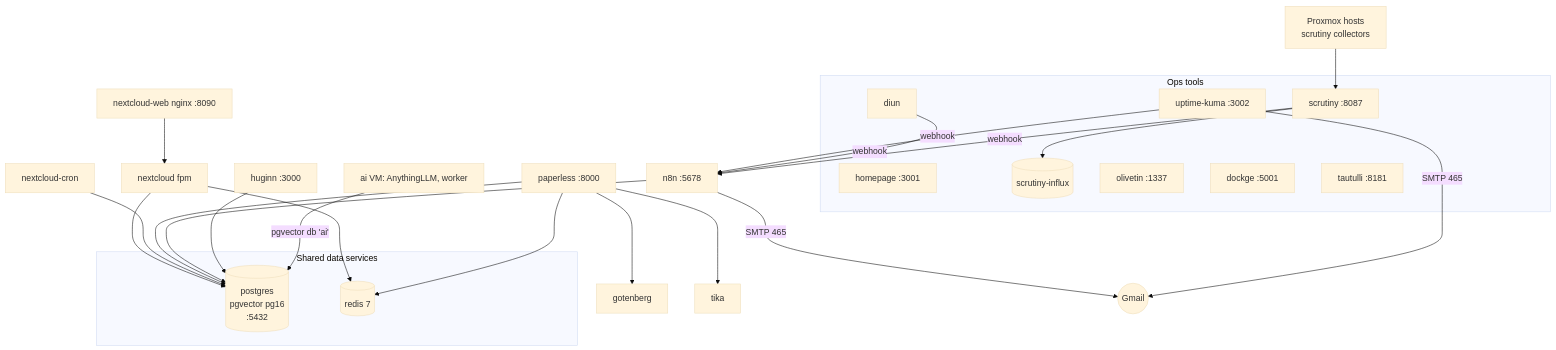
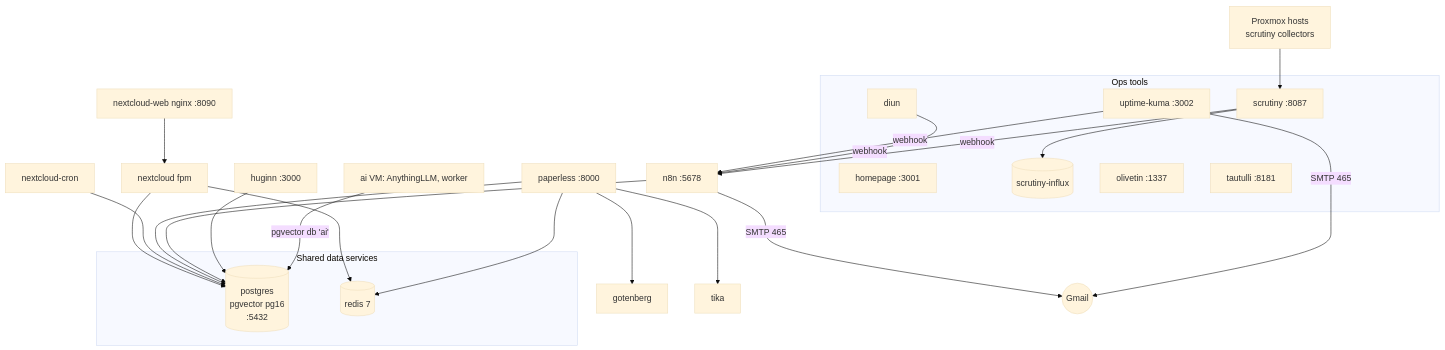
Before and after one commit to mikegutberlet/homelab-infra: the diagram in docs/wiki/services/apps.md, drawn with Mermaid (base theme). The commit also changed other lines of this file and 14 other files, not shown here.

````diff
--- a/docs/wiki/services/apps.md
+++ b/docs/wiki/services/apps.md
@@ -9,33 +9,32 @@
 ```mermaid
 flowchart TB
     subgraph data["Shared data services"]
         PG[(postgres<br/>pgvector pg16<br/>:5432)]
         RD[(redis 7)]
     end
     NC[nextcloud fpm] --> PG
     NC --> RD
     NGX[nextcloud-web nginx :8090] --> NC
     NCC[nextcloud-cron] --> PG
     PPL[paperless :8000] --> PG
     PPL --> RD
     PPL --> GOT[gotenberg]
     PPL --> TIKA[tika]
     N8N[n8n :5678] --> PG
     HUG[huginn :3000] --> PG
     AI["ai VM: AnythingLLM, worker"] -- "pgvector db 'ai'" --> PG
     subgraph ops["Ops tools"]
         HP[homepage :3001]
         KUMA[uptime-kuma :3002]
         SCR[scrutiny :8087] --> INF[(scrutiny-influx)]
         DIUN[diun]
         OT[olivetin :1337]
-        DK[dockge :5001]
         TAU[tautulli :8181]
     end
     KUMA -- webhook --> N8N
     DIUN -- webhook --> N8N
     SCR -- webhook --> N8N
     HOSTS["Proxmox hosts<br/>scrutiny collectors"] --> SCR
     N8N -- "SMTP 465" --> MAIL((Gmail))
     KUMA -- "SMTP 465" --> MAIL
 ```
````
